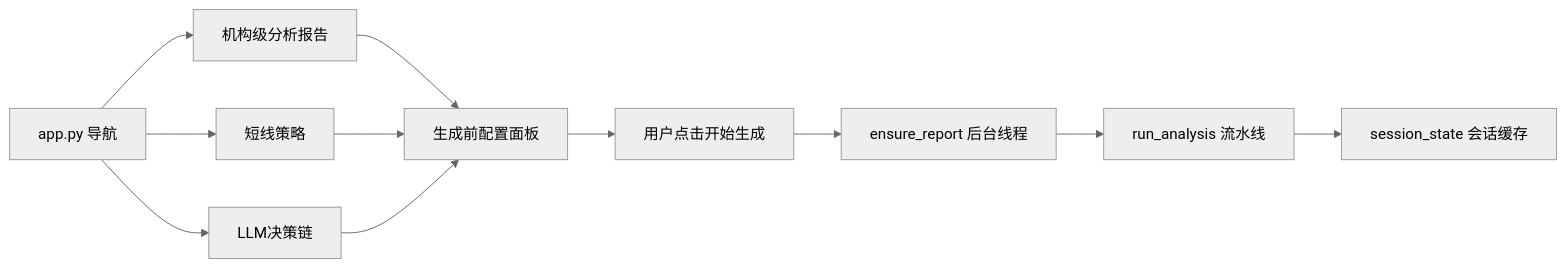
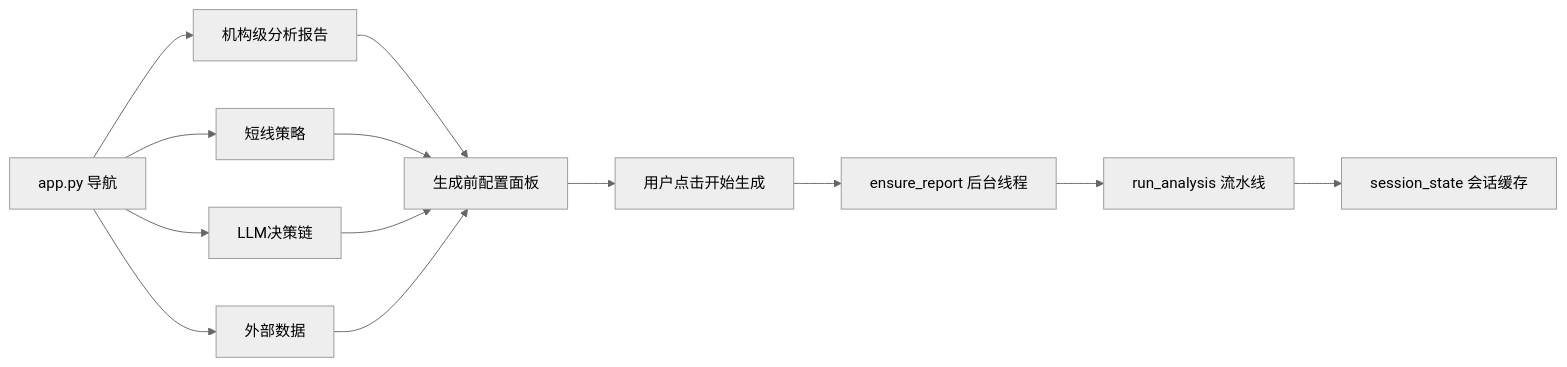
The first of 2 diagrams in docs/getting-started/walkthrough.md (vbqx/GoldAnalysisAI), drawn with Mermaid (neutral theme) before and after one commit. The commit also changed other lines of this file and 5 other files, not shown here.

````diff
--- a/docs/getting-started/walkthrough.md
+++ b/docs/getting-started/walkthrough.md
@@ -15,13 +15,15 @@
 ```mermaid
 flowchart LR
     A[app.py 导航] --> B[机构级分析报告]
+    A --> E[外部数据]
     A --> C[短线策略]
     A --> D[LLM决策链]
-    B --> E[生成前配置面板]
-    C --> E
-    D --> E
-    E --> F[用户点击开始生成]
-    F --> G[ensure_report 后台线程]
-    G --> H[run_analysis 流水线]
-    H --> I[session_state 会话缓存]
+    B --> F[生成前配置面板]
+    C --> F
+    D --> F
+    E --> F
+    F --> G[用户点击开始生成]
+    G --> H[ensure_report 后台线程]
+    H --> I[run_analysis 流水线]
+    I --> J[session_state 会话缓存]
 ```
````
